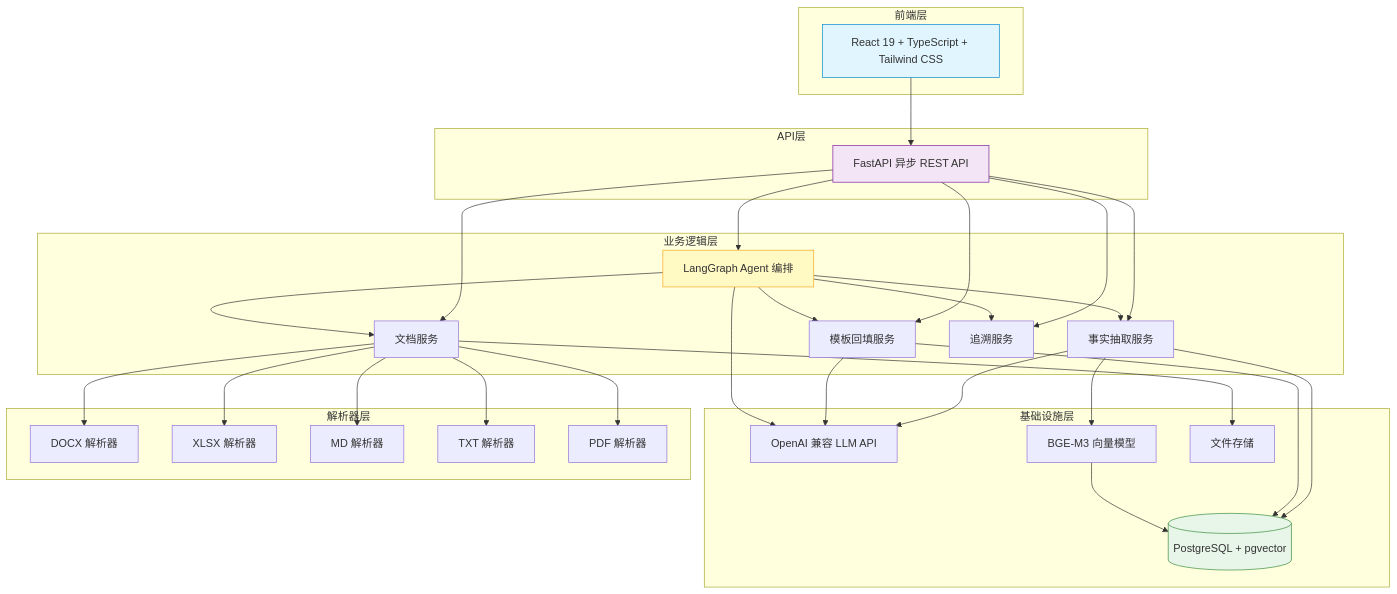
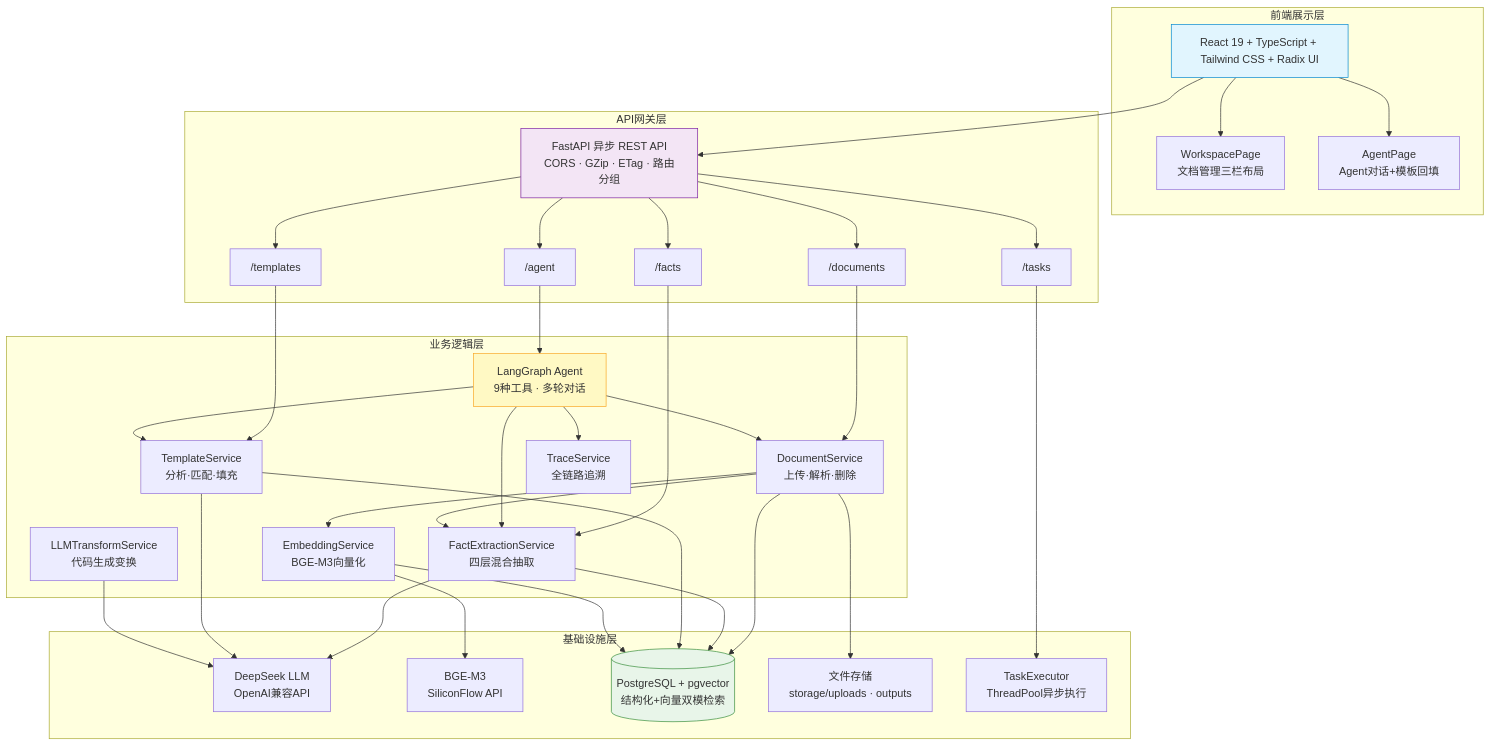
One commit to GGB0ND132/DocFusion-Copilot changed the third of 5 diagrams in 项目文档资料/项目详细方案.md. Above: the diagram before and after it, drawn with Mermaid. The commit also changed other lines of this file and 24 other files, not shown here.

````diff
--- a/项目文档资料/项目详细方案.md
+++ b/项目文档资料/项目详细方案.md
@@ -209,55 +269,57 @@
 ```mermaid
 graph TB
-    subgraph "前端层"
-        FE[React 19 + TypeScript + Tailwind CSS]
+    subgraph "前端展示层"
+        FE["React 19 + TypeScript + Tailwind CSS + Radix UI"]
+        FE1["WorkspacePage<br/>文档管理三栏布局"]
+        FE2["AgentPage<br/>Agent对话+模板回填"]
+        FE --> FE1 & FE2
     end
 
-    subgraph "API层"
-        API[FastAPI 异步 REST API]
+    subgraph "API网关层"
+        API["FastAPI 异步 REST API<br/>CORS · GZip · ETag · 路由分组"]
+        EP1["/documents"] 
+        EP2["/templates"]
+        EP3["/facts"]
+        EP4["/tasks"]
+        EP5["/agent"]
+        API --> EP1 & EP2 & EP3 & EP4 & EP5
     end
 
     subgraph "业务逻辑层"
-        Agent[LangGraph Agent 编排]
-        DocSvc[文档服务]
-        FactSvc[事实抽取服务]
-        TplSvc[模板回填服务]
-        TraceSvc[追溯服务]
+        Agent["LangGraph Agent<br/>9种工具 · 多轮对话"]
+        DocSvc["DocumentService<br/>上传·解析·删除"]
+        FactSvc["FactExtractionService<br/>四层混合抽取"]
+        TplSvc["TemplateService<br/>分析·匹配·填充"]
+        TraceSvc["TraceService<br/>全链路追溯"]
+        EmbedSvc["EmbeddingService<br/>BGE-M3向量化"]
+        LLMTransform["LLMTransformService<br/>代码生成变换"]
     end
 
     subgraph "基础设施层"
-        LLM[OpenAI 兼容 LLM API]
-        Embed[BGE-M3 向量模型]
-        DB[(PostgreSQL + pgvector)]
-        Store[文件存储]
-    end
-
-    subgraph "解析器层"
-        P1[DOCX 解析器]
-        P2[XLSX 解析器]
-        P3[MD 解析器]
-        P4[TXT 解析器]
-        P5[PDF 解析器]
+        LLM["DeepSeek LLM<br/>OpenAI兼容API"]
+        Embed["BGE-M3<br/>SiliconFlow API"]
+        DB[("PostgreSQL + pgvector<br/>结构化+向量双模检索")]
+        FS["文件存储<br/>storage/uploads · outputs"]
+        EXEC["TaskExecutor<br/>ThreadPool异步执行"]
     end
 
     FE --> API
-    API --> Agent
-    API --> DocSvc
-    API --> FactSvc
-    API --> TplSvc
-    API --> TraceSvc
-    DocSvc --> P1 & P2 & P3 & P4 & P5
-    FactSvc --> LLM
-    FactSvc --> DB
-    TplSvc --> LLM
-    TplSvc --> DB
-    Agent --> LLM
+    EP1 --> DocSvc
+    EP2 --> TplSvc
+    EP3 --> FactSvc
+    EP4 --> EXEC
+    EP5 --> Agent
     Agent --> DocSvc & FactSvc & TplSvc & TraceSvc
-    DocSvc --> Store
-    FactSvc --> Embed
-    Embed --> DB
+    DocSvc --> DB & FS
+    FactSvc --> LLM & DB
+    TplSvc --> LLM & DB
+    EmbedSvc --> Embed & DB
+    LLMTransform --> LLM
+    DocSvc --> EmbedSvc
+    DocSvc --> FactSvc
 
     style FE fill:#E1F5FE,stroke:#0288D1
     style API fill:#F3E5F5,stroke:#7B1FA2
     style Agent fill:#FFF9C4,stroke:#F9A825
     style DB fill:#E8F5E9,stroke:#388E3C
 ```
````
